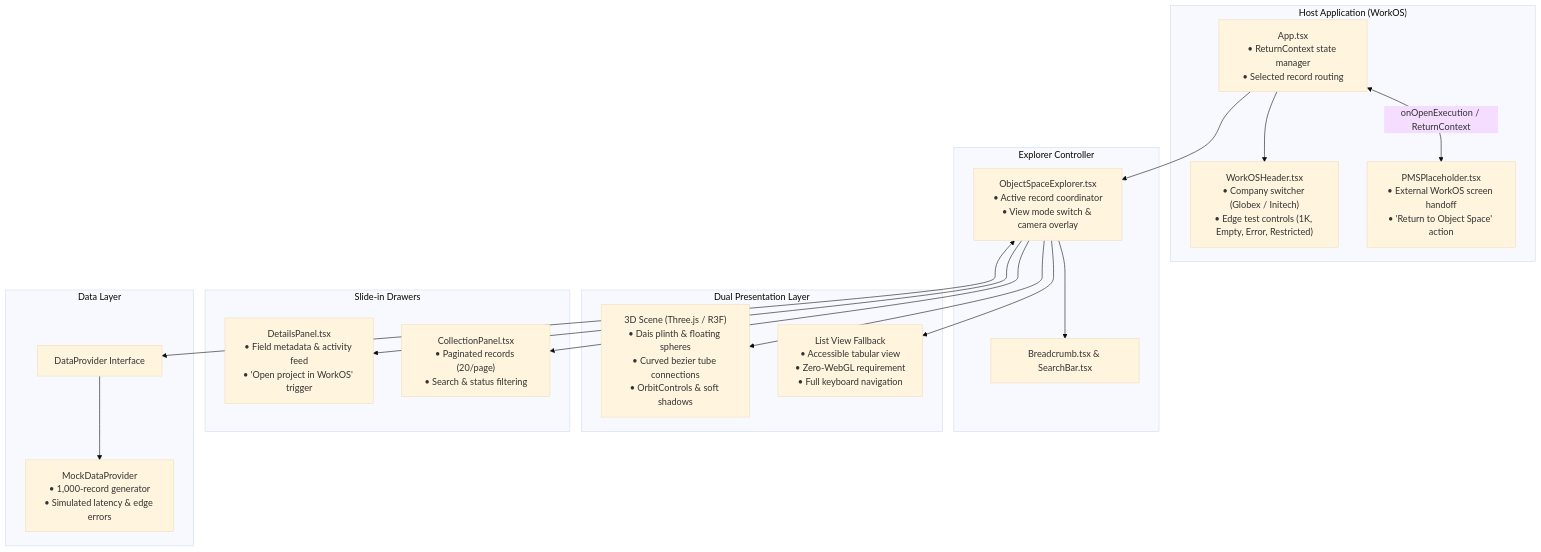
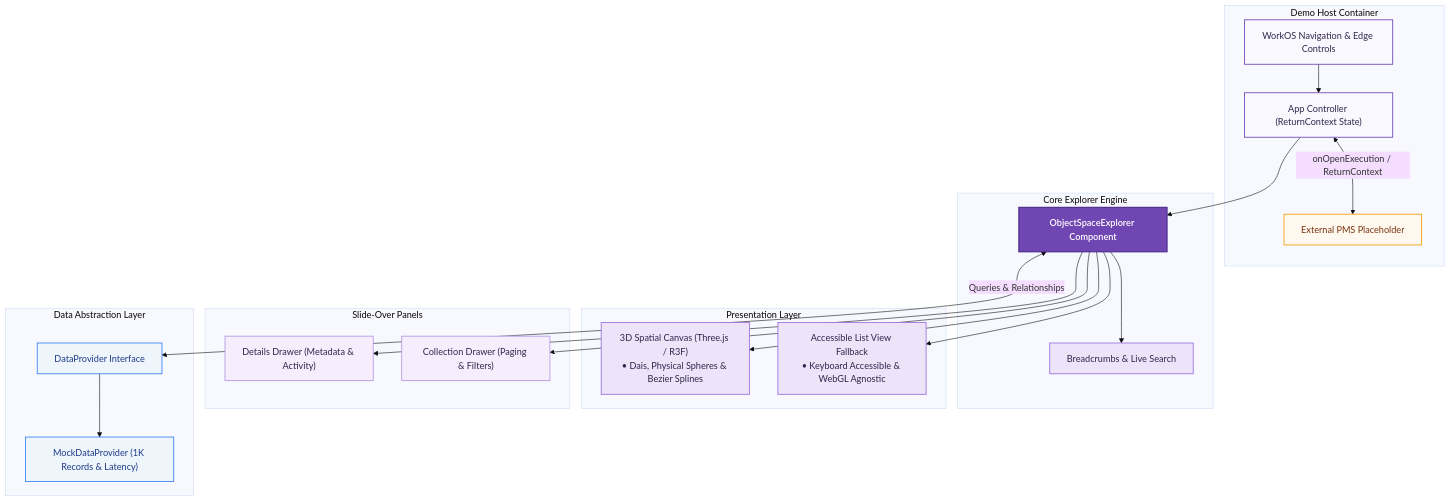
The first of 2 diagrams in README.md (Aayushi31032006/3D-WorkOS-Explorer), drawn with Mermaid (base theme) before and after one commit. The commit also changed other lines of this file, not shown here.

Commit message:
docs: apply tailored WorkOS brand styling to architecture diagrams

````diff
--- a/README.md
+++ b/README.md
@@ -101,39 +101,49 @@
 ```mermaid
 flowchart TD
-    subgraph Host["Host Application (WorkOS)"]
-        App["App.tsx\n• ReturnContext state manager\n• Selected record routing"]
-        Header["WorkOSHeader.tsx\n• Company switcher (Globex / Initech)\n• Edge test controls (1K, Empty, Error, Restricted)"]
-        PMS["PMSPlaceholder.tsx\n• External WorkOS screen handoff\n• 'Return to Object Space' action"]
+    %% WorkOS Refined Palette
+    classDef host fill:#FAF8FF,stroke:#7046B2,stroke-width:1.5px,color:#30264C;
+    classDef core fill:#7046B2,stroke:#4E2C8A,stroke-width:2px,color:#FFFFFF,font-weight:600;
+    classDef view fill:#EDE4F9,stroke:#9B70DC,stroke-width:1.5px,color:#30264C;
+    classDef panel fill:#F6EEFD,stroke:#B897E3,stroke-width:1.5px,color:#30264C;
+    classDef data fill:#EEF6FB,stroke:#3B82F6,stroke-width:1.5px,color:#1E3A8A;
+    classDef pms fill:#FFF8EE,stroke:#F59E0B,stroke-width:1.5px,color:#78350F;
+
+    subgraph HostApp["Demo Host Container"]
+        Header["WorkOS Navigation & Edge Controls"]:::host
+        App["App Controller (ReturnContext State)"]:::host
+        PMS["External PMS Placeholder"]:::pms
     end
 
-    subgraph Core["Explorer Controller"]
-        Explorer["ObjectSpaceExplorer.tsx\n• Active record coordinator\n• View mode switch & camera overlay"]
-        Breadcrumb["Breadcrumb.tsx & SearchBar.tsx"]
+    subgraph ExplorerCore["Core Explorer Engine"]
+        Explorer["ObjectSpaceExplorer Component"]:::core
+        Nav["Breadcrumbs & Live Search"]:::view
     end
 
-    subgraph Presentation["Dual Presentation Layer"]
-        Scene["3D Scene (Three.js / R3F)\n• Dais plinth & floating spheres\n• Curved bezier tube connections\n• OrbitControls & soft shadows"]
-        ListView["List View Fallback\n• Accessible tabular view\n• Zero-WebGL requirement\n• Full keyboard navigation"]
+    subgraph DualViews["Presentation Layer"]
+        Scene3D["3D Spatial Canvas (Three.js / R3F)
+• Dais, Physical Spheres & Bezier Splines"]:::view
+        ListView["Accessible List View Fallback
+• Keyboard Accessible & WebGL Agnostic"]:::view
     end
 
-    subgraph Drawers["Slide-in Drawers"]
-        Details["DetailsPanel.tsx\n• Field metadata & activity feed\n• 'Open project in WorkOS' trigger"]
-        Collection["CollectionPanel.tsx\n• Paginated records (20/page)\n• Search & status filtering"]
+    subgraph Drawers["Slide-Over Panels"]
+        Details["Details Drawer (Metadata & Activity)"]:::panel
+        Collection["Collection Drawer (Paging & Filters)"]:::panel
     end
 
-    subgraph Data["Data Layer"]
-        DataProvider["DataProvider Interface"]
-        MockData["MockDataProvider\n• 1,000-record generator\n• Simulated latency & edge errors"]
+    subgraph DataLayer["Data Abstraction Layer"]
+        DataProvider["DataProvider Interface"]:::data
+        MockData["MockDataProvider (1K Records & Latency)"]:::data
     end
 
-    App --> Header
+    Header --> App
     App --> Explorer
     App <-->|onOpenExecution / ReturnContext| PMS
-    Explorer <--> DataProvider
-    DataProvider --> MockData
-    Explorer --> Breadcrumb
-    Explorer --> Scene
+    Explorer --> Nav
+    Explorer --> Scene3D
     Explorer --> ListView
     Explorer --> Details
     Explorer --> Collection
+    Explorer <-->|Queries & Relationships| DataProvider
+    DataProvider --> MockData
 ```
````
